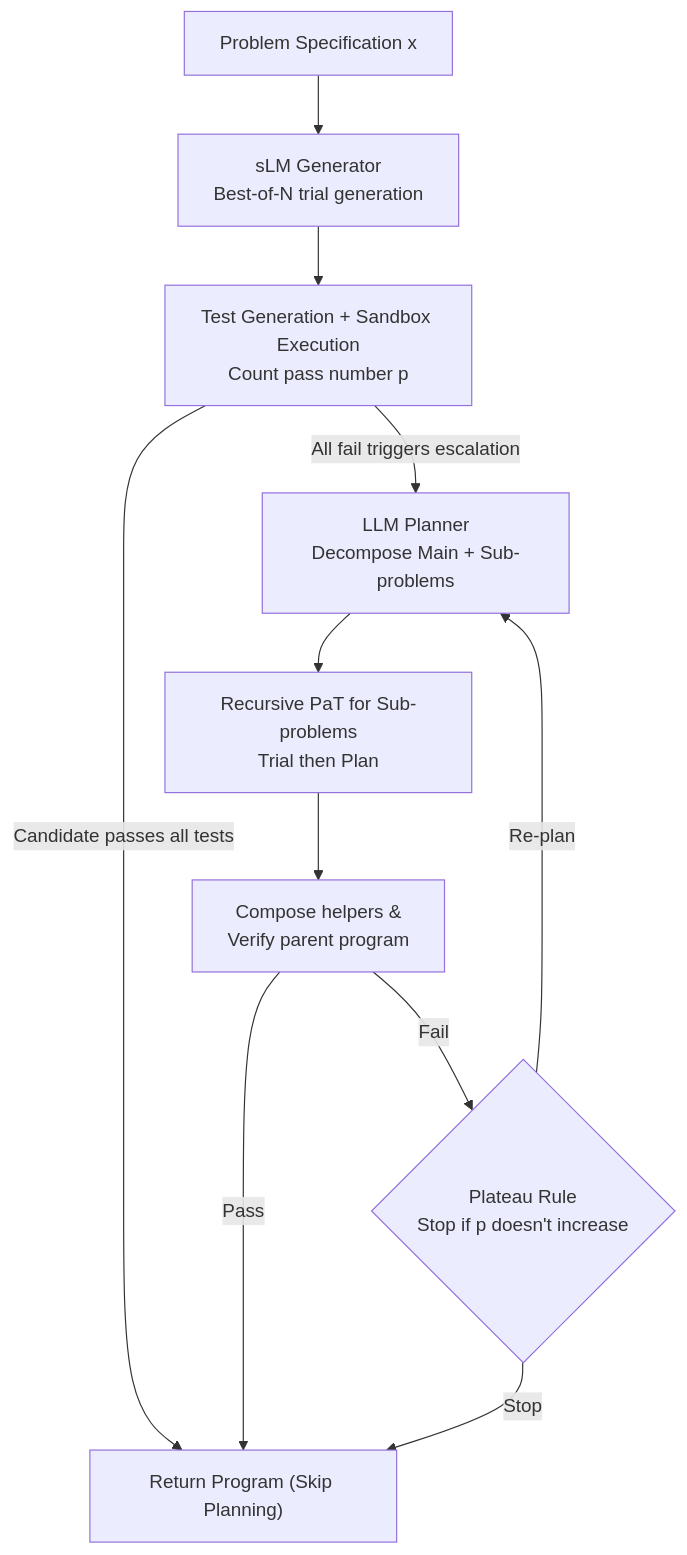
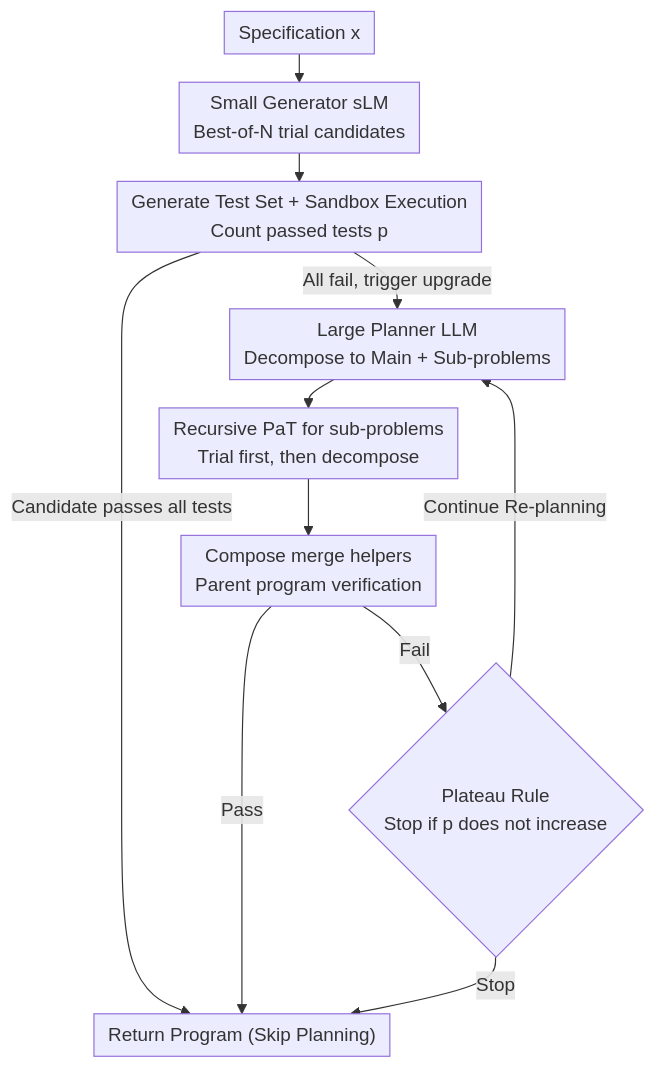
One commit to zhaoyang97/Paper-Notes-en changed the diagram in docs/ACL2026/code_intelligence/pat_planning-after-trial_for_efficient_test-time_code_generation.md. Above: the diagram before and after it, drawn with Mermaid. The commit also changed other lines of this file and 5084 other files, not shown here.

````diff
--- a/docs/ACL2026/code_intelligence/pat_planning-after-trial_for_efficient_test-time_code_generation.md
+++ b/docs/ACL2026/code_intelligence/pat_planning-after-trial_for_efficient_test-time_code_generation.md
@@ -45,13 +45,14 @@
 ```mermaid
-graph TD
-    A["Problem Specification x"] --> B["sLM Generator<br/>Best-of-N trial generation"]
-    B --> C["Test Generation + Sandbox Execution<br/>Count pass number p"]
+%%{init: {'flowchart': {'rankSpacing': 24, 'nodeSpacing': 28, 'padding': 6, 'wrappingWidth': 400}}}%%
+flowchart TD
+    A["Specification x"] --> B["Small Generator sLM<br/>Best-of-N trial candidates"]
+    B --> C["Generate Test Set + Sandbox Execution<br/>Count passed tests p"]
     C -->|Candidate passes all tests| Z["Return Program (Skip Planning)"]
-    C -->|All fail triggers escalation| D["LLM Planner<br/>Decompose Main + Sub-problems"]
-    D --> E["Recursive PaT for Sub-problems<br/>Trial then Plan"]
-    E --> F["Compose helpers &<br/>Verify parent program"]
+    C -->|All fail, trigger upgrade| D["Large Planner LLM<br/>Decompose to Main + Sub-problems"]
+    D --> E["Recursive PaT for sub-problems<br/>Trial first, then decompose"]
+    E --> F["Compose merge helpers<br/>Parent program verification"]
     F -->|Pass| Z
-    F -->|Fail| G{"Plateau Rule<br/>Stop if p doesn't increase"}
-    G -->|Re-plan| D
+    F -->|Fail| G{"Plateau Rule<br/>Stop if p does not increase"}
+    G -->|Continue Re-planning| D
     G -->|Stop| Z
 ```
````
